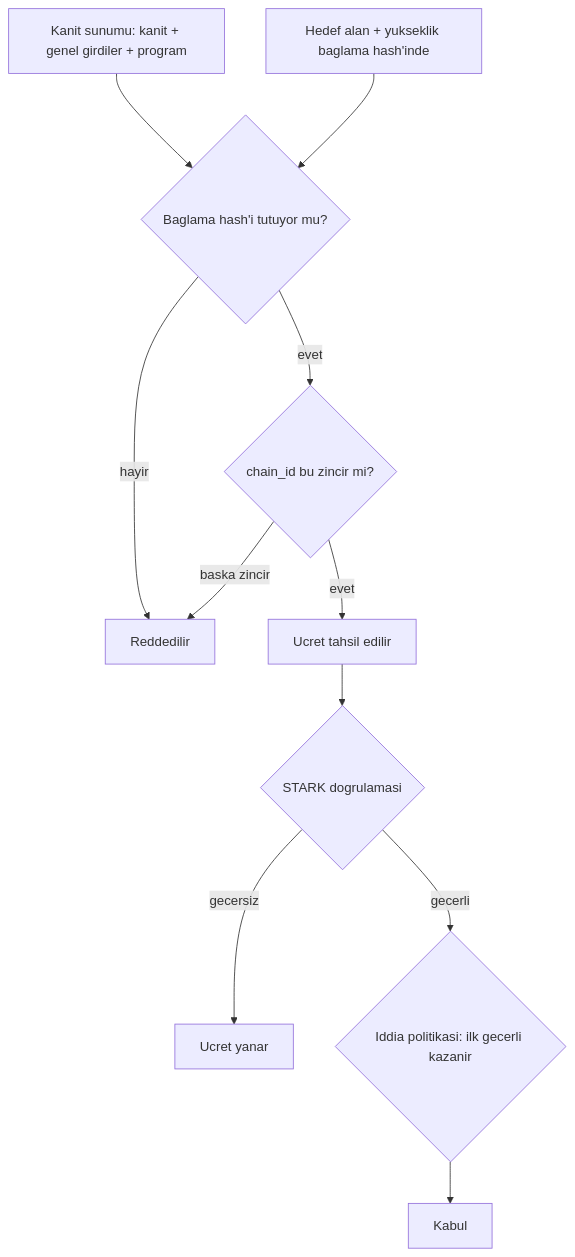
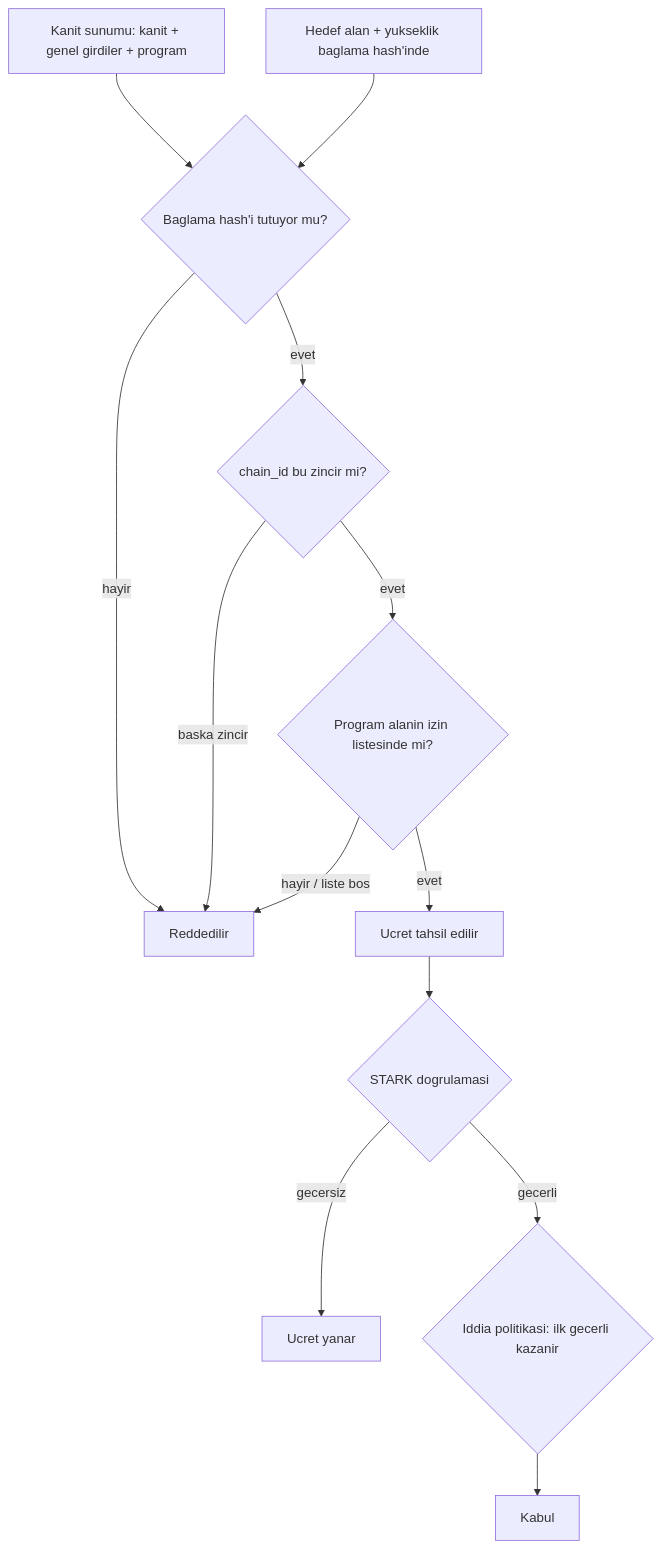
Diagram 55 of 56 in docs/ARCHITECTURE.md (budlum-xyz/budlum), drawn with Mermaid before and after one commit. The commit also changed other lines of this file and 7 other files, not shown here.

Commit message:
budlum: zk program izin listesi

````diff
--- a/docs/ARCHITECTURE.md
+++ b/docs/ARCHITECTURE.md
@@ -1724,13 +1725,15 @@
 ```mermaid
 flowchart TD
   Sub["Kanit sunumu: kanit + genel girdiler + program"] --> B{"Baglama hash'i tutuyor mu?"}
   B -->|"hayir"| Rej["Reddedilir"]
   B -->|"evet"| C{"chain_id bu zincir mi?"}
   C -->|"baska zincir"| Rej
-  C -->|"evet"| Fee["Ucret tahsil edilir"]
+  C -->|"evet"| P{"Program alanin izin listesinde mi?"}
+  P -->|"hayir / liste bos"| Rej
+  P -->|"evet"| Fee["Ucret tahsil edilir"]
   Fee --> V{"STARK dogrulamasi"}
   V -->|"gecersiz"| Burn["Ucret yanar"]
   V -->|"gecerli"| Claim{"Iddia politikasi: ilk gecerli kazanir"}
   Claim --> Acc["Kabul"]
   Note["Hedef alan + yukseklik baglama hash'inde"] --> B
 ```
````
